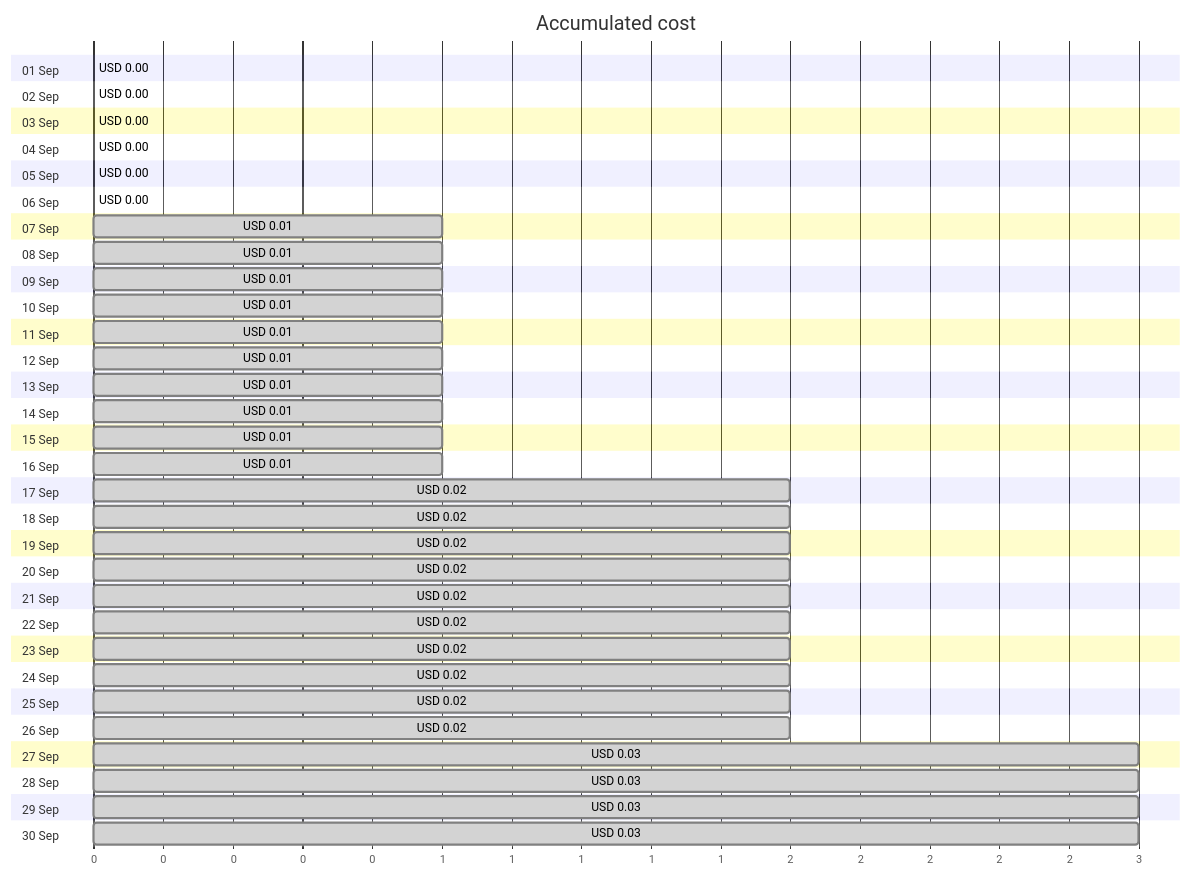
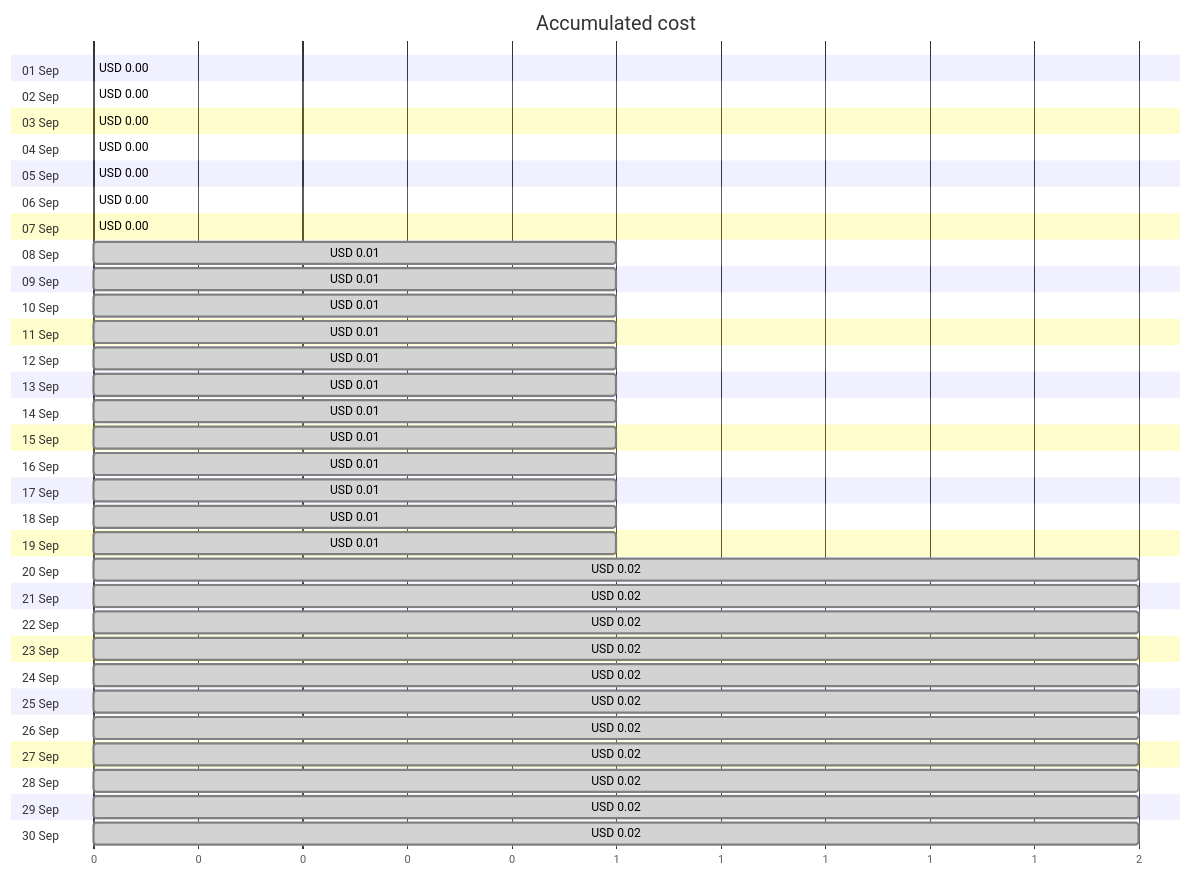
Before and after one commit to jpfulton/azure-personal-reports: the first of 4 diagrams in cost-reports/personal-site/personalsiteapistorage.md, drawn with Mermaid. The commit also changed other lines of this file and 6 other files, not shown here.

````diff
--- a/cost-reports/personal-site/personalsiteapistorage.md
+++ b/cost-reports/personal-site/personalsiteapistorage.md
@@ -20,66 +20,66 @@
 ```mermaid
 gantt
    title Accumulated cost
    dateFormat  X
    axisFormat %s
    section 01 Sep
    USD 0.00 :0, 0
    section 02 Sep
    USD 0.00 :0, 0
    section 03 Sep
-   USD 0.00 : done, 0, 0
+   USD 0.00 :0, 0
    section 04 Sep
    USD 0.00 : done, 0, 0
    section 05 Sep
    USD 0.00 : done, 0, 0
    section 06 Sep
    USD 0.00 : done, 0, 0
    section 07 Sep
-   USD 0.01 : done, 0, 1
+   USD 0.00 : done, 0, 0
    section 08 Sep
    USD 0.01 : done, 0, 1
    section 09 Sep
    USD 0.01 : done, 0, 1
    section 10 Sep
    USD 0.01 : done, 0, 1
    section 11 Sep
    USD 0.01 : done, 0, 1
    section 12 Sep
    USD 0.01 : done, 0, 1
    section 13 Sep
    USD 0.01 : done, 0, 1
    section 14 Sep
    USD 0.01 : done, 0, 1
    section 15 Sep
    USD 0.01 : done, 0, 1
    section 16 Sep
    USD 0.01 : done, 0, 1
    section 17 Sep
-   USD 0.02 : done, 0, 2
+   USD 0.01 : done, 0, 1
    section 18 Sep
-   USD 0.02 : done, 0, 2
+   USD 0.01 : done, 0, 1
    section 19 Sep
-   USD 0.02 : done, 0, 2
+   USD 0.01 : done, 0, 1
    section 20 Sep
    USD 0.02 : done, 0, 2
    section 21 Sep
    USD 0.02 : done, 0, 2
    section 22 Sep
    USD 0.02 : done, 0, 2
    section 23 Sep
    USD 0.02 : done, 0, 2
    section 24 Sep
    USD 0.02 : done, 0, 2
    section 25 Sep
    USD 0.02 : done, 0, 2
    section 26 Sep
    USD 0.02 : done, 0, 2
    section 27 Sep
-   USD 0.03 : done, 0, 3
+   USD 0.02 : done, 0, 2
    section 28 Sep
-   USD 0.03 : done, 0, 3
+   USD 0.02 : done, 0, 2
    section 29 Sep
-   USD 0.03 : done, 0, 3
+   USD 0.02 : done, 0, 2
    section 30 Sep
-   USD 0.03 : done, 0, 3
+   USD 0.02 : done, 0, 2
 ```
````
